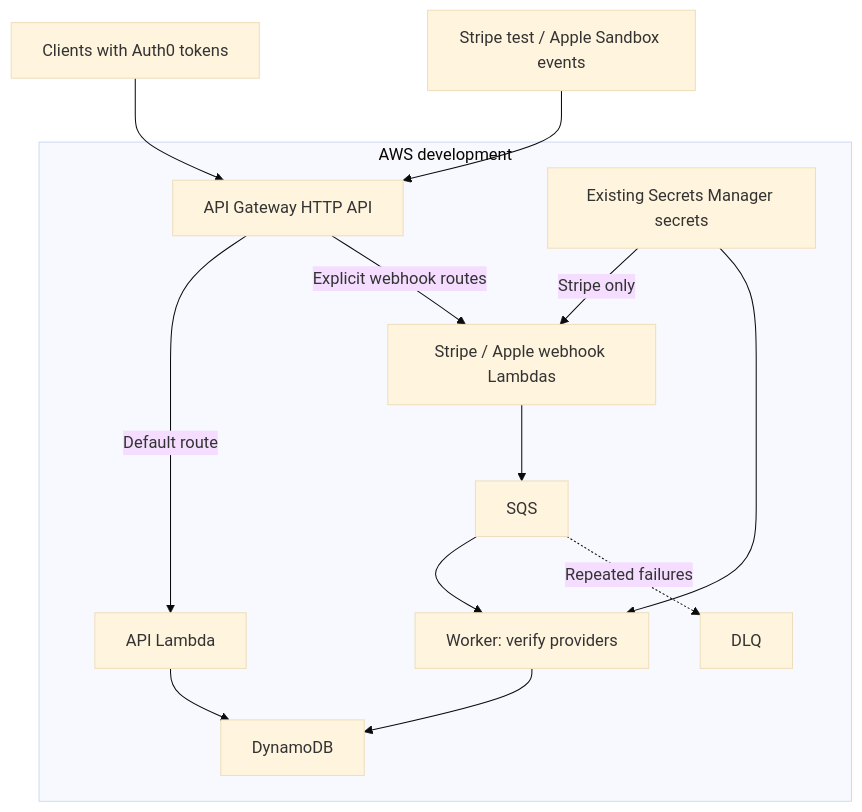
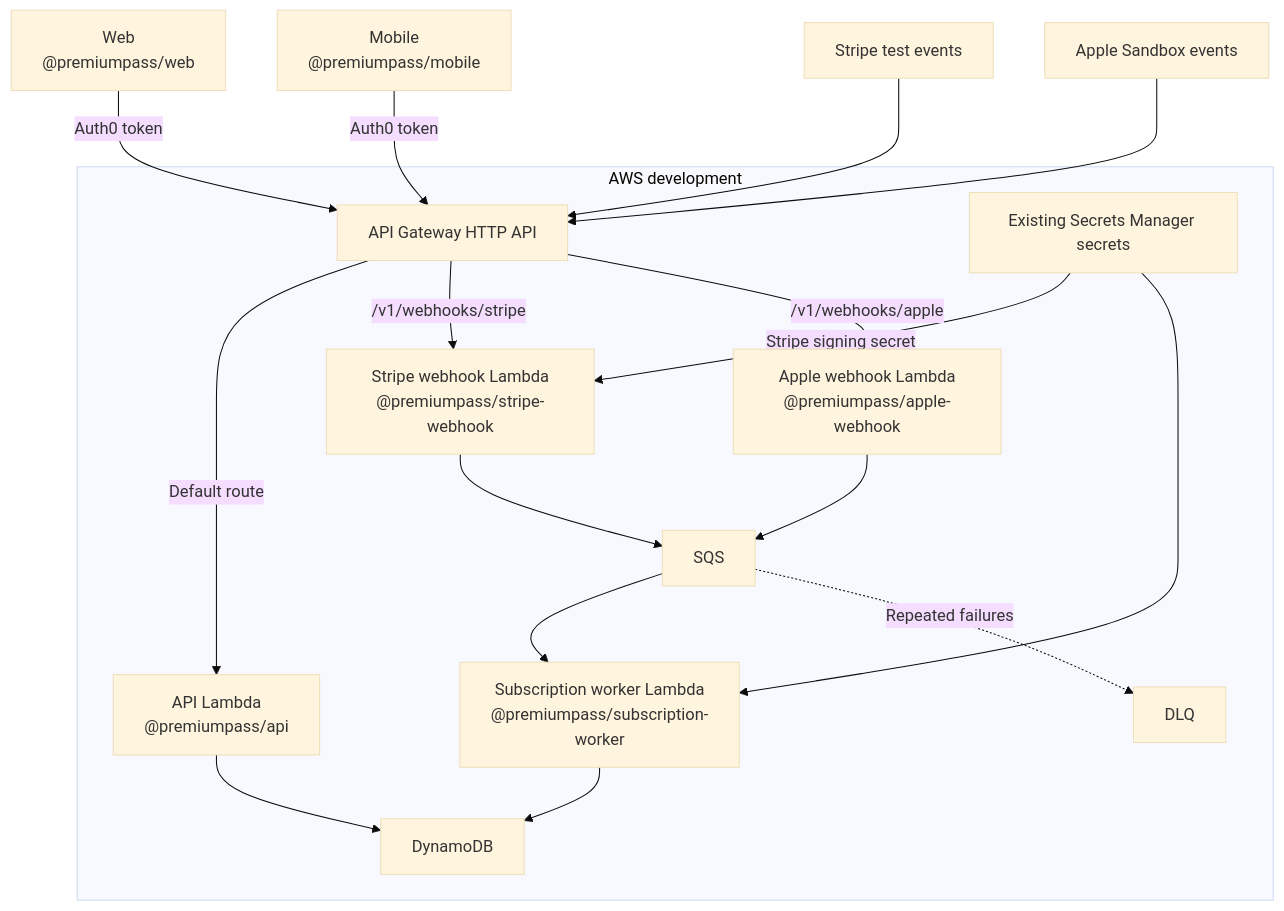
One commit to phillippbertram/subscription-consolidation-workshop changed the second of 2 diagrams in docs/ARCHITECTURE.md. Above: the diagram before and after it, drawn with Mermaid (base theme). The commit also changed other lines of this file and 5 other files, not shown here.

First line of the commit message:
docs: drop CI/CD scope, detail arch diagrams

````diff
--- a/docs/ARCHITECTURE.md
+++ b/docs/ARCHITECTURE.md
@@ -53,22 +80,28 @@
 ```mermaid
 flowchart TB
-    Clients["Clients with Auth0 tokens"] --> Gateway
-    Providers["Stripe test / Apple Sandbox events"] --> Gateway
+    Web["Web<br/>@premiumpass/web"] -->|"Auth0 token"| Gateway
+    Mobile["Mobile<br/>@premiumpass/mobile"] -->|"Auth0 token"| Gateway
+    Stripe["Stripe test events"] --> Gateway
+    Apple["Apple Sandbox events"] --> Gateway
     subgraph AWS["AWS development"]
         Gateway["API Gateway HTTP API"]
-        API["API Lambda"]
-        Hooks["Stripe / Apple webhook Lambdas"]
+        API["API Lambda<br/>@premiumpass/api"]
+        StripeHook["Stripe webhook Lambda<br/>@premiumpass/stripe-webhook"]
+        AppleHook["Apple webhook Lambda<br/>@premiumpass/apple-webhook"]
         Queue["SQS"]
-        Worker["Worker: verify providers"]
+        Worker["Subscription worker Lambda<br/>@premiumpass/subscription-worker"]
         DB["DynamoDB"]
         DLQ["DLQ"]
         Secrets["Existing Secrets Manager secrets"]
         Gateway -->|"Default route"| API
-        Gateway -->|"Explicit webhook routes"| Hooks
-        Hooks --> Queue --> Worker --> DB
+        Gateway -->|"/v1/webhooks/stripe"| StripeHook
+        Gateway -->|"/v1/webhooks/apple"| AppleHook
+        StripeHook --> Queue
+        AppleHook --> Queue
+        Queue --> Worker --> DB
         API --> DB
         Queue -.->|"Repeated failures"| DLQ
-        Secrets -->|"Stripe only"| Hooks
+        Secrets -->|"Stripe signing secret"| StripeHook
         Secrets --> Worker
     end
 ```
````
